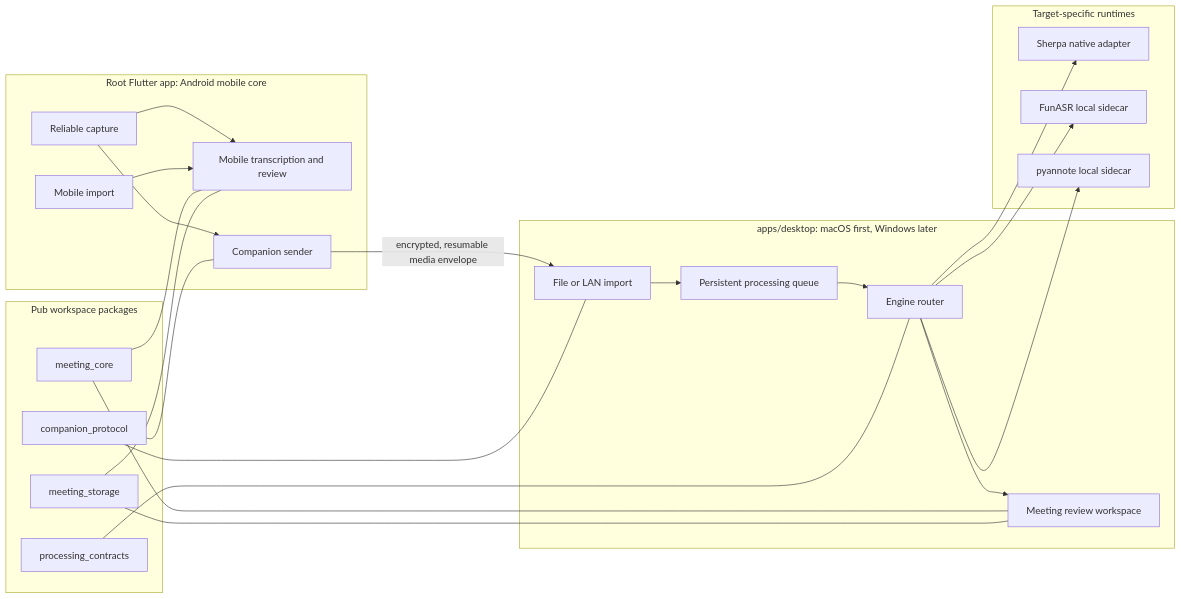
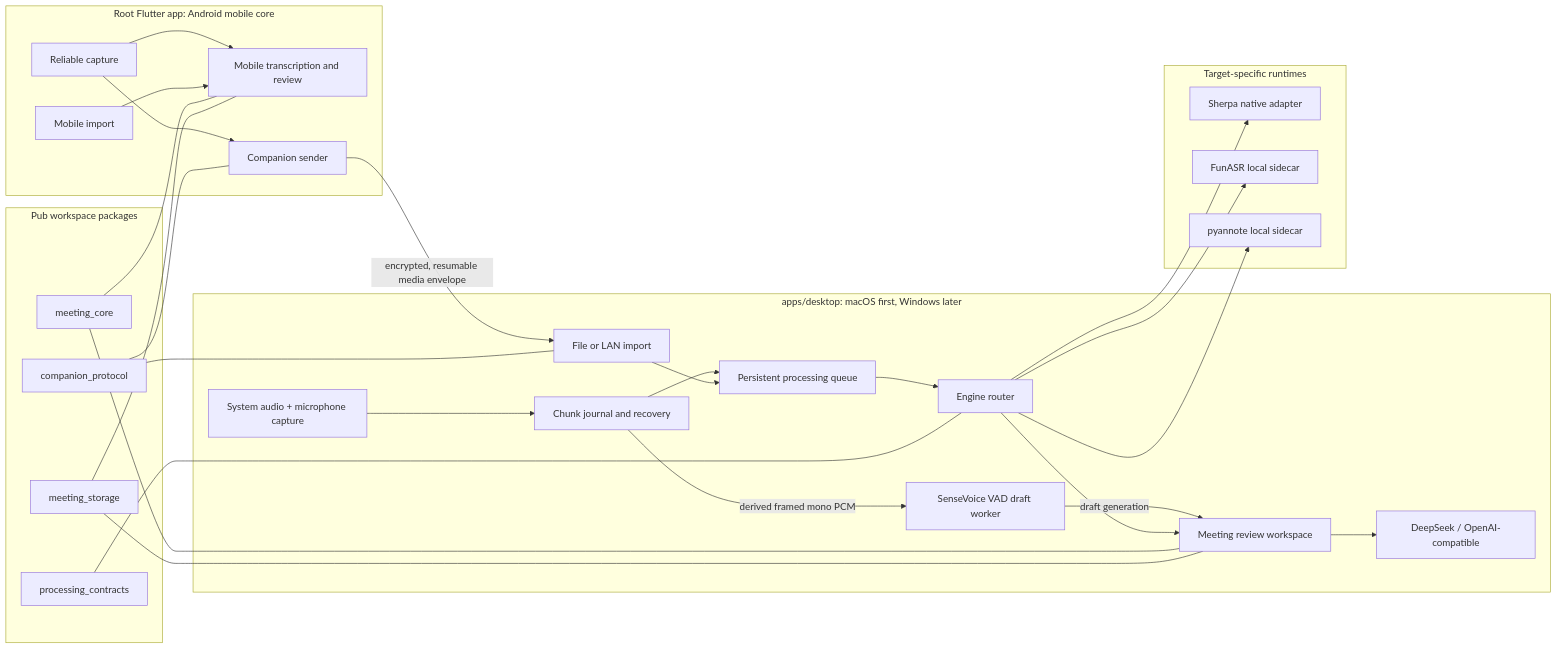
Before and after one commit to hashencode/voice-studio: the first of 4 diagrams in docs/plans/2026-07-26-002-feat-desktop-first-meeting-workstation-plan.md, drawn with Mermaid. The commit also changed other lines of this file and 568 other files, not shown here.

````diff
--- a/docs/plans/2026-07-26-002-feat-desktop-first-meeting-workstation-plan.md
+++ b/docs/plans/2026-07-26-002-feat-desktop-first-meeting-workstation-plan.md
@@ -245,47 +360,56 @@
 ```mermaid
 flowchart LR
     subgraph Mobile["Root Flutter app: Android mobile core"]
         Capture["Reliable capture"]
         MobileImport["Mobile import"]
         MobileCore["Mobile transcription and review"]
         Sender["Companion sender"]
     end
 
     subgraph Shared["Pub workspace packages"]
         Core["meeting_core"]
         Storage["meeting_storage"]
         Processing["processing_contracts"]
         Protocol["companion_protocol"]
     end
 
     subgraph Desktop["apps/desktop: macOS first, Windows later"]
+        NativeCapture["System audio + microphone capture"]
+        CaptureJournal["Chunk journal and recovery"]
+        LiveCaption["SenseVoice VAD draft worker"]
         DesktopImport["File or LAN import"]
         Queue["Persistent processing queue"]
         EngineRouter["Engine router"]
         Workspace["Meeting review workspace"]
+        AIRegistry["DeepSeek / OpenAI-compatible"]
     end
 
     subgraph Engines["Target-specific runtimes"]
         Sherpa["Sherpa native adapter"]
         FunASR["FunASR local sidecar"]
         Pyannote["pyannote local sidecar"]
     end
 
     Capture --> MobileCore
     MobileImport --> MobileCore
     Capture --> Sender
     Sender -->|"encrypted, resumable media envelope"| DesktopImport
+    NativeCapture --> CaptureJournal
+    CaptureJournal --> Queue
+    CaptureJournal -->|"derived framed mono PCM"| LiveCaption
+    LiveCaption -->|"draft generation"| Workspace
     DesktopImport --> Queue
     Queue --> EngineRouter
     EngineRouter --> Sherpa
     EngineRouter --> FunASR
     EngineRouter --> Pyannote
     EngineRouter --> Workspace
+    Workspace --> AIRegistry
     Core --- MobileCore
     Core --- Workspace
     Storage --- MobileCore
     Storage --- Workspace
     Processing --- EngineRouter
     Protocol --- Sender
     Protocol --- DesktopImport
 ```
````
